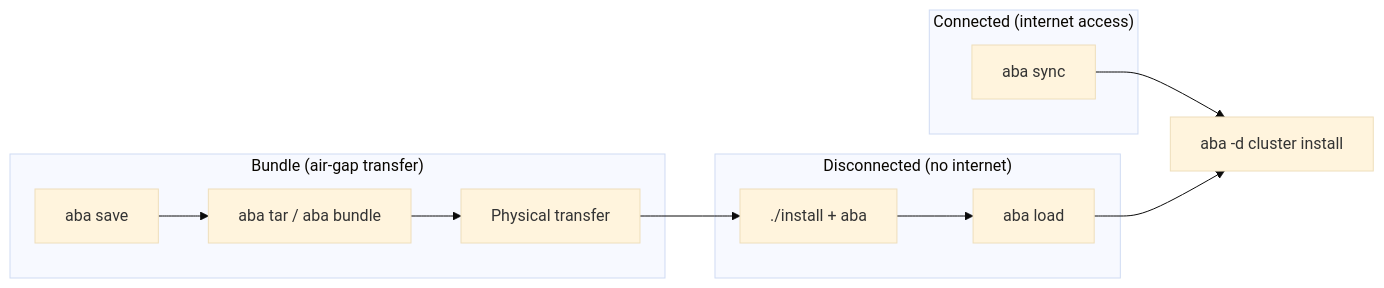
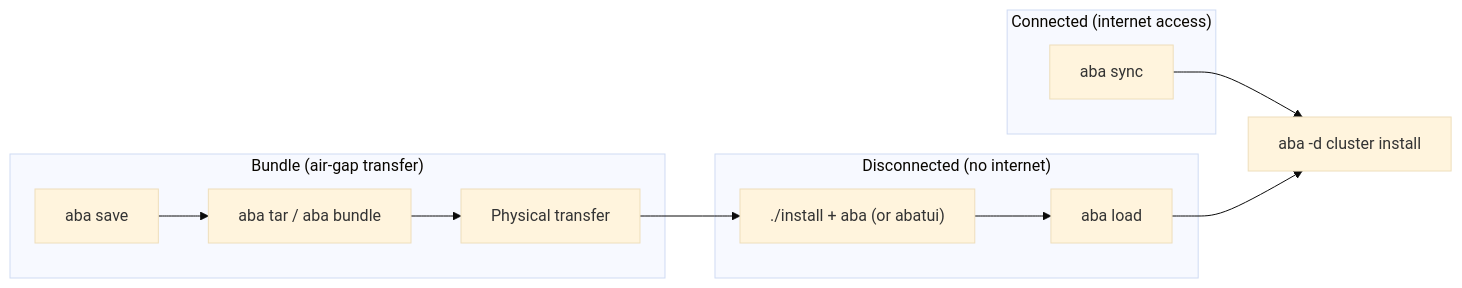
One commit to sjbylo/aba changed the second of 2 diagrams in devel/01-SPEC.md. Above: the diagram before and after it, drawn with Mermaid (base theme). The commit also changed other lines of this file and 4 other files, not shown here.

First line of the commit message:
feat(ux): mention abatui in install instructions, add --lite alias

````diff
--- a/devel/01-SPEC.md
+++ b/devel/01-SPEC.md
@@ -54,16 +54,16 @@
 ```mermaid
 flowchart LR
     subgraph connected ["Connected (internet access)"]
         Sync["aba sync"]
     end
     subgraph bundle ["Bundle (air-gap transfer)"]
         Save["aba save"] --> Tar["aba tar / aba bundle"]
         Tar --> Transfer["Physical transfer"]
     end
     subgraph disconnected ["Disconnected (no internet)"]
-        Transfer --> Extract["./install + aba"]
+        Transfer --> Extract["./install + aba (or abatui)"]
         Extract --> Load["aba load"]
     end
     Sync --> Install["aba -d cluster install"]
     Load --> Install
 ```
````
